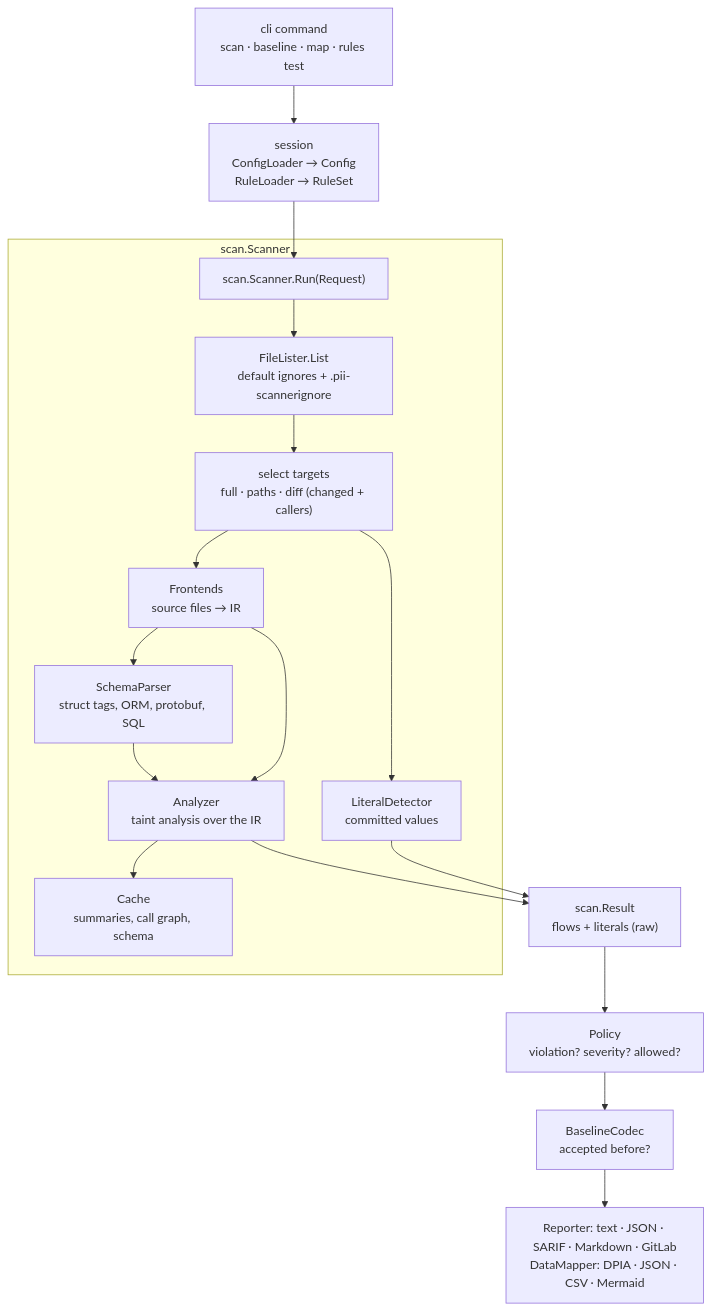
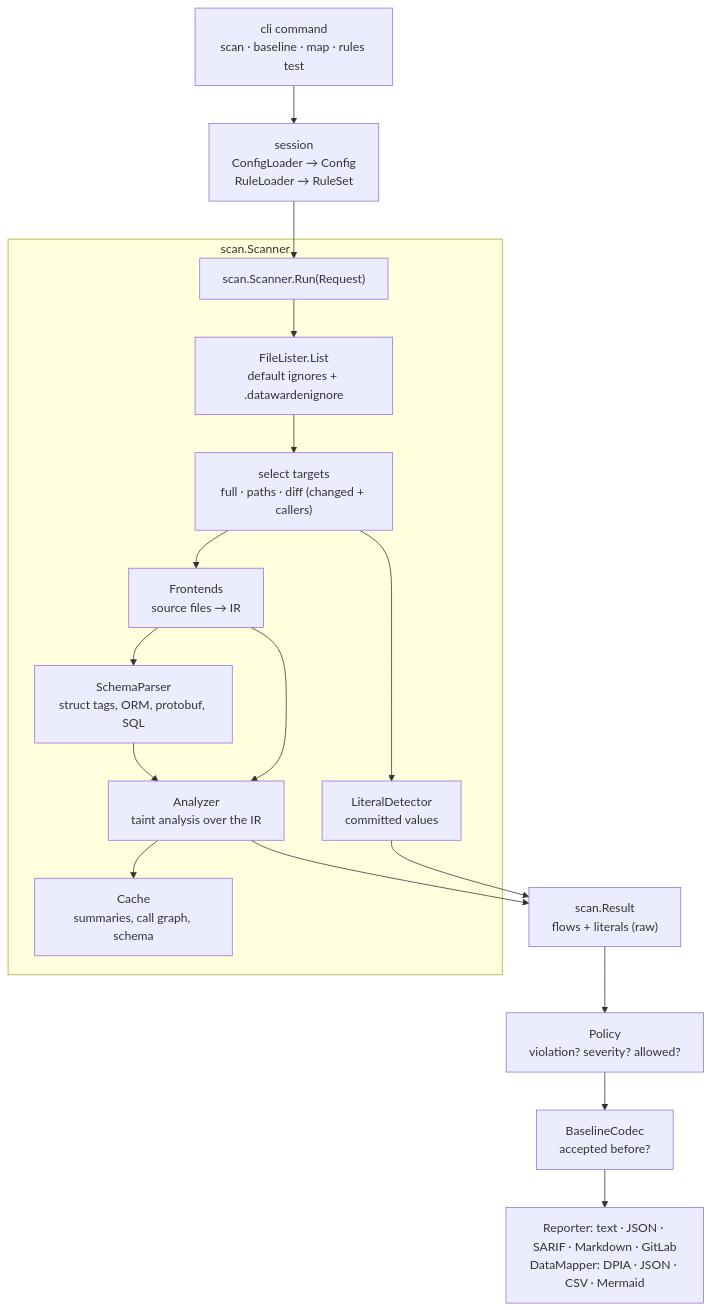
One commit to GoNetTools/datawarden changed the first of 4 diagrams in docs/ARCHITECTURE.md. Above: the diagram before and after it, drawn with Mermaid. The commit also changed other lines of this file and 120 other files, not shown here.

````diff
--- a/docs/ARCHITECTURE.md
+++ b/docs/ARCHITECTURE.md
@@ -29,22 +29,22 @@
 ```mermaid
 flowchart TD
     CMD["cli command<br/>scan · baseline · map · rules test"] --> SESSION["session<br/>ConfigLoader → Config<br/>RuleLoader → RuleSet"]
     SESSION --> RUN["scan.Scanner.Run(Request)"]
 
     subgraph SCANNER ["scan.Scanner"]
-        RUN --> LIST["FileLister.List<br/>default ignores + .pii-scannerignore"]
+        RUN --> LIST["FileLister.List<br/>default ignores + .datawardenignore"]
         LIST --> SELECT["select targets<br/>full · paths · diff (changed + callers)"]
         SELECT --> LIT["LiteralDetector<br/>committed values"]
         SELECT --> FE["Frontends<br/>source files → IR"]
         FE --> SCHEMA["SchemaParser<br/>struct tags, ORM, protobuf, SQL"]
         FE --> AN["Analyzer<br/>taint analysis over the IR"]
         SCHEMA --> AN
         AN --> CACHE["Cache<br/>summaries, call graph, schema"]
     end
 
     LIT --> RESULT["scan.Result<br/>flows + literals (raw)"]
     AN --> RESULT
     RESULT --> POLICY["Policy<br/>violation? severity? allowed?"]
     POLICY --> BASE["BaselineCodec<br/>accepted before?"]
     BASE --> OUT["Reporter: text · JSON · SARIF · Markdown · GitLab<br/>DataMapper: DPIA · JSON · CSV · Mermaid"]
 ```
````
